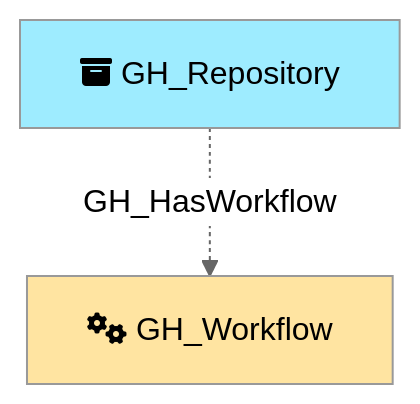
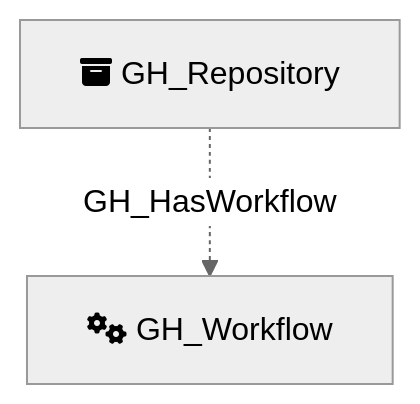
Before and after one commit to SpecterOps/GitHound: the diagram in Documentation/NodeDescriptions/GH_Workflow.md, drawn with Mermaid (neutral theme). The commit also changed 23 other files, not shown here.

Commit message:
rm mermaid box colors

````diff
--- a/Documentation/NodeDescriptions/GH_Workflow.md
+++ b/Documentation/NodeDescriptions/GH_Workflow.md
@@ -40,10 +40,8 @@
 ```mermaid
 flowchart TD
     GH_Workflow[fa:fa-cogs GH_Workflow]
     GH_Repository[fa:fa-box-archive GH_Repository]
 
-    style GH_Workflow fill:#FFE4A1
-    style GH_Repository fill:#9EECFF
 
     GH_Repository -.->|GH_HasWorkflow| GH_Workflow
 ```
````
